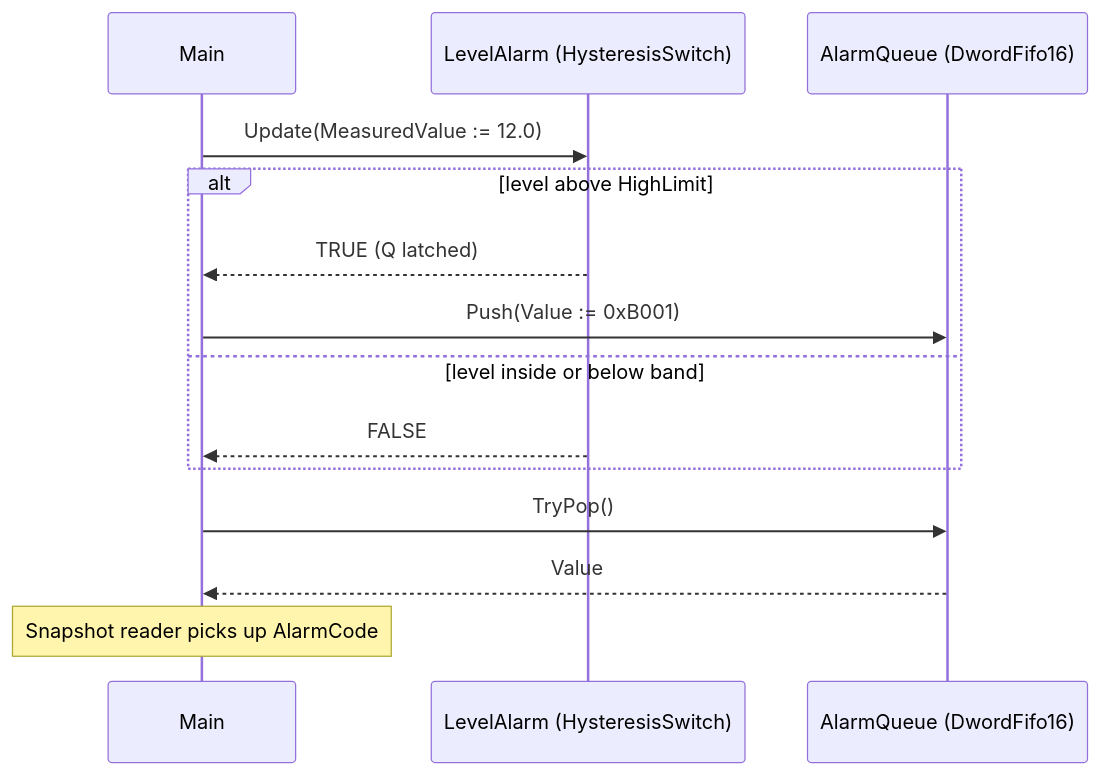
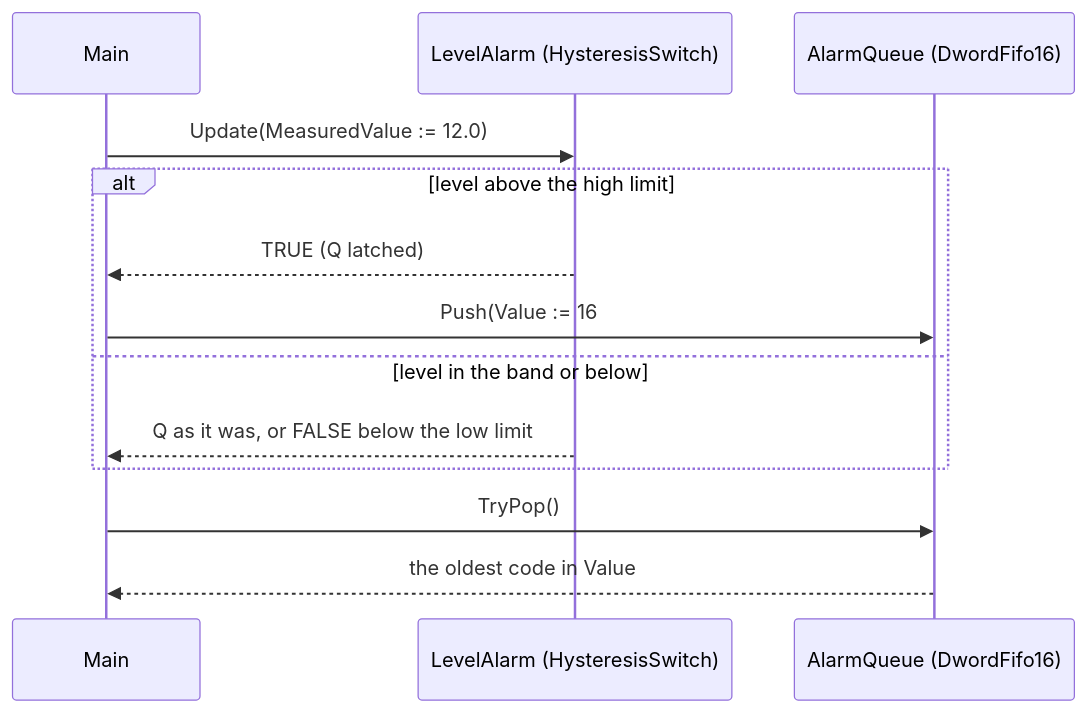
The diagram in examples/OSCAT/boiler_feedwater_alarm/README.md (johannesPettersson80/trust-platform), drawn with Mermaid before and after one commit. The commit also changed other lines of this file and 7 other files, not shown here.

````diff
--- a/examples/OSCAT/boiler_feedwater_alarm/README.md
+++ b/examples/OSCAT/boiler_feedwater_alarm/README.md
@@ -65,17 +111,16 @@
 ```mermaid
 sequenceDiagram
     participant Main
     participant LA as LevelAlarm (HysteresisSwitch)
     participant Q as AlarmQueue (DwordFifo16)
 
     Main->>LA: Update(MeasuredValue := 12.0)
-    alt level above HighLimit
+    alt level above the high limit
         LA-->>Main: TRUE (Q latched)
-        Main->>Q: Push(Value := 0xB001)
-    else level inside or below band
-        LA-->>Main: FALSE
+        Main->>Q: Push(Value := 16#B001)
+    else level in the band or below
+        LA-->>Main: Q as it was, or FALSE below the low limit
     end
     Main->>Q: TryPop()
-    Q-->>Main: Value
-    Note over Main: Snapshot reader picks up AlarmCode
+    Q-->>Main: the oldest code in Value
 ```
````
